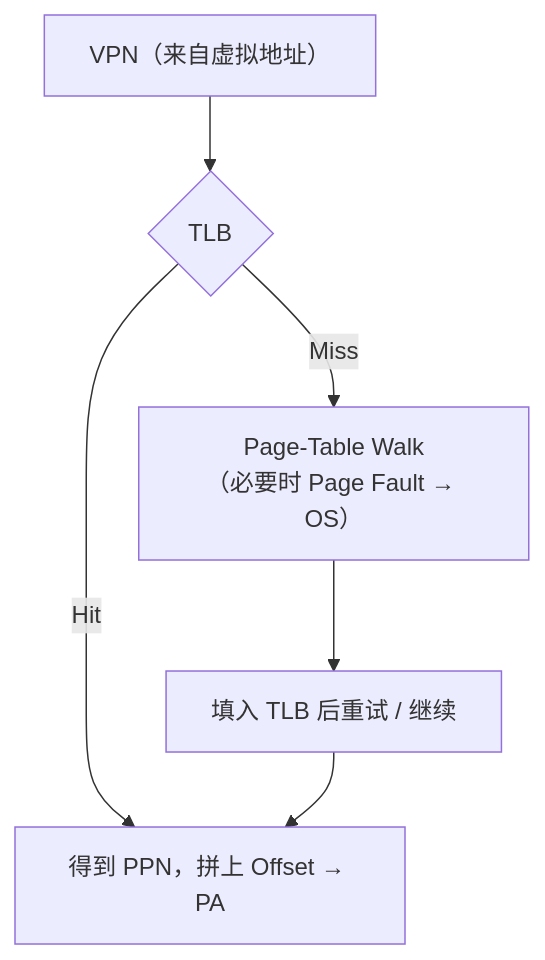
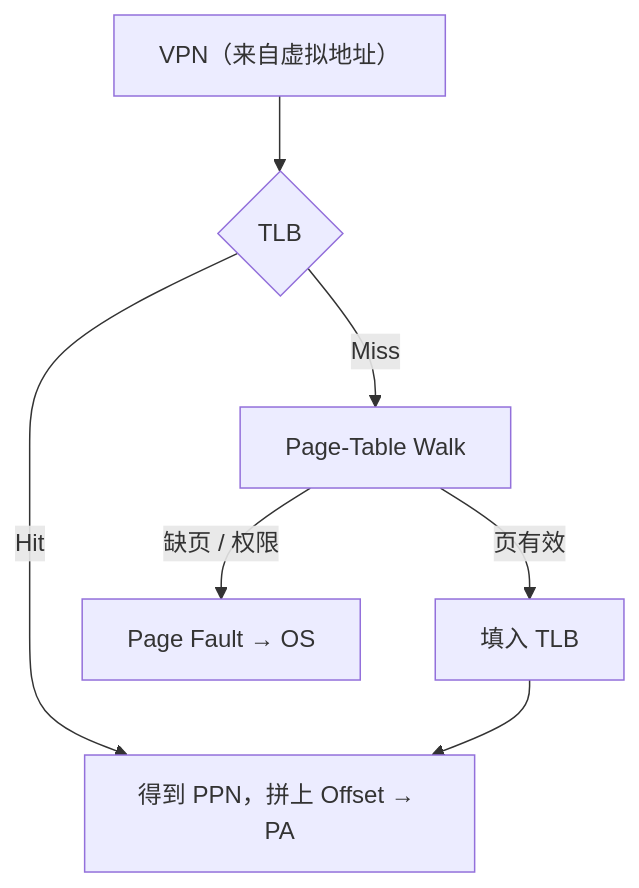
The second of 6 diagrams in 20-architecture/26-cpu-memory-access-treatise.md (xiaxinyu/knowledge_base), drawn with Mermaid before and after one commit. The commit also changed other lines of this file, not shown here.

````diff
--- a/20-architecture/26-cpu-memory-access-treatise.md
+++ b/20-architecture/26-cpu-memory-access-treatise.md
@@ -194,8 +194,9 @@
 ```mermaid
 flowchart TD
   VA["VPN（来自虚拟地址）"] --> TLB{TLB}
   TLB -->|Hit| PPN["得到 PPN，拼上 Offset → PA"]
-  TLB -->|Miss| WALK["Page-Table Walk<br/>（必要时 Page Fault → OS）"]
-  WALK --> FILL["填入 TLB 后重试 / 继续"]
+  TLB -->|Miss| WALK[Page-Table Walk]
+  WALK -->|页有效| FILL[填入 TLB]
+  WALK -->|缺页 / 权限| PF[Page Fault → OS]
   FILL --> PPN
 ```
````
